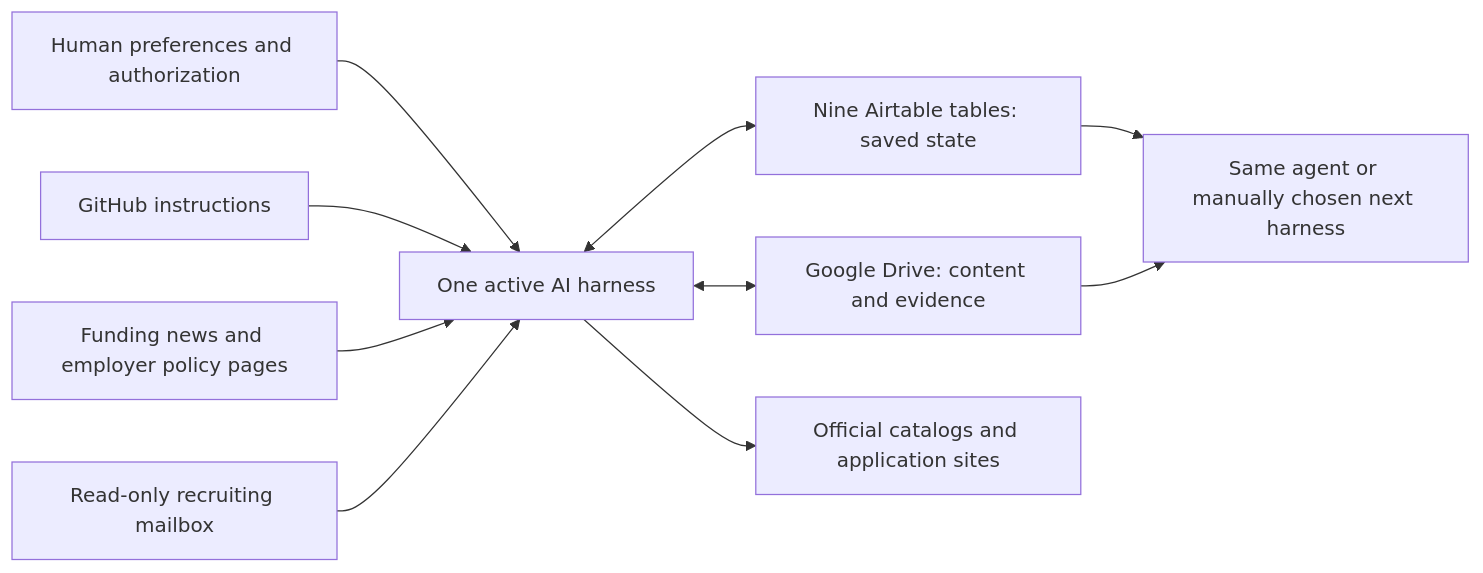
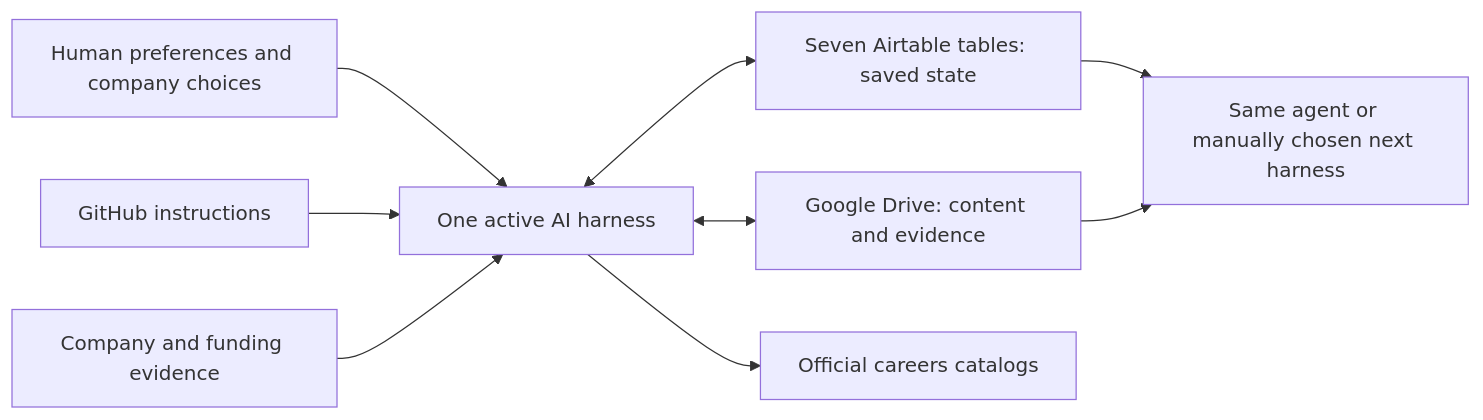
Before and after one commit to sravankm86/nextmove: the diagram in README.md, drawn with Mermaid. The commit also changed other lines of this file and 34 other files, not shown here.

```diff
--- a/README.md
+++ b/README.md
@@ -26,12 +22,11 @@
 ~~~mermaid
 flowchart LR
-    User[Human preferences and authorization] --> Agent[One active AI harness]
+    User[Human preferences and company choices] --> Agent[One active AI harness]
     Git[GitHub instructions] --> Agent
-    Agent <--> Airtable[Nine Airtable tables: saved state]
+    Agent <--> Airtable[Seven Airtable tables: saved state]
     Agent <--> Drive[Google Drive: content and evidence]
-    Agent --> Boards[Official catalogs and application sites]
-    Funding[Funding news and employer policy pages] --> Agent
-    Mail[Read-only recruiting mailbox] --> Agent
+    Agent --> Boards[Official careers catalogs]
+    Funding[Company and funding evidence] --> Agent
     Airtable --> Next[Same agent or manually chosen next harness]
     Drive --> Next
 ~~~
```
